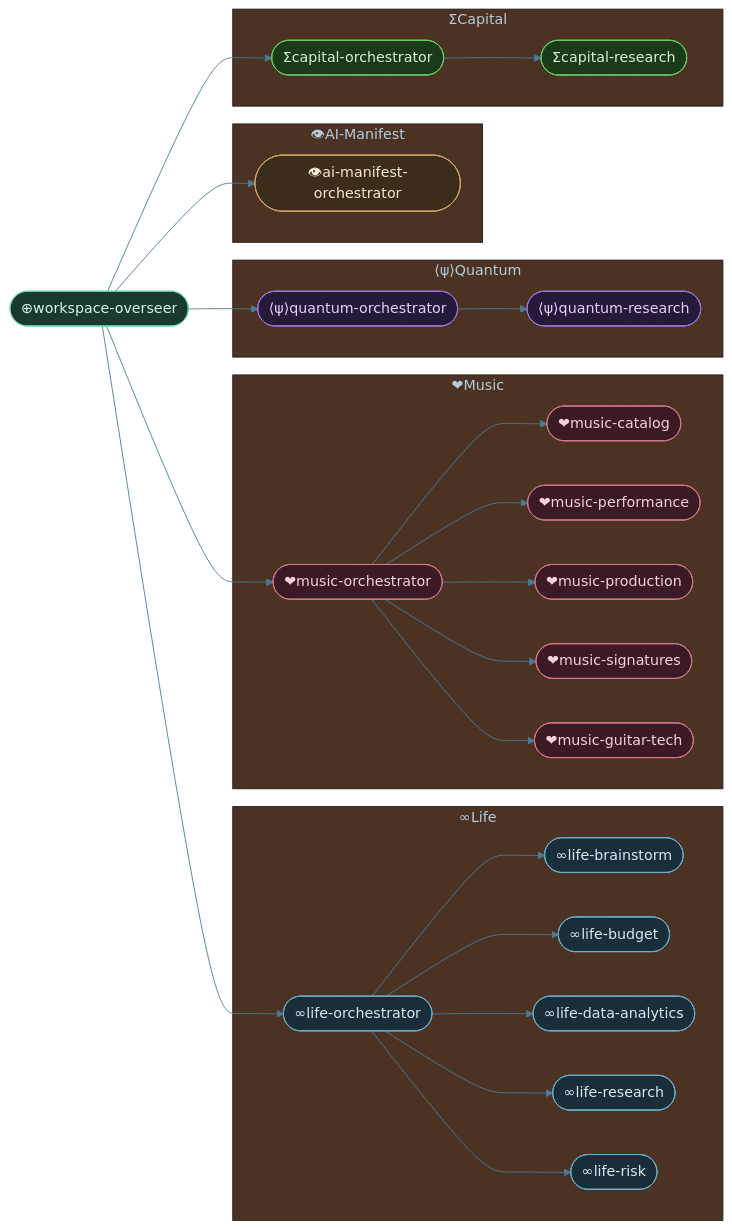
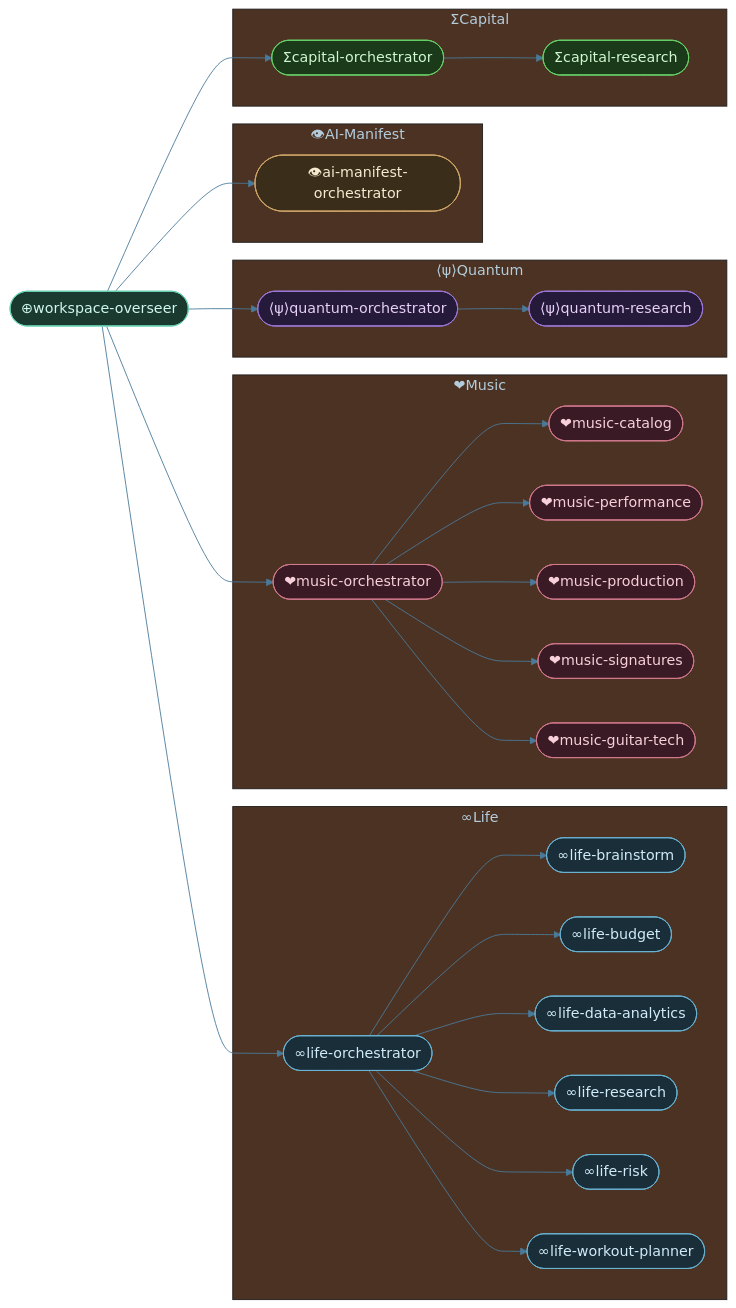
The diagram in diagrams/workspace-agent-topology-projects.mmd (tylerdrakemusic/-Workspace), drawn with Mermaid before and after one commit. The commit also changed 1 other file, not shown here.

Commit message:
⊕ workspace: FR-20261024-workout-planner-topology-sync sync topology diagrams

```diff
--- a/diagrams/workspace-agent-topology-projects.mmd
+++ b/diagrams/workspace-agent-topology-projects.mmd
@@ -1,59 +1,60 @@
 %%{init: {'theme': 'base', 'themeVariables': {'primaryColor': '#1a2e3a', 'primaryTextColor': '#d0ecf8', 'edgeLabelBackground': '#0f1318', 'lineColor': '#4a7a9a'}}}%%
 %% Derived view of workspace-agent-topology.mmd: per-project agent rosters and orchestrator routing.
 graph LR
     Overseer(["⊕workspace-overseer"]):::ws
 
     subgraph LIFE["∞Life"]
         LifeOrch(["∞life-orchestrator"])
         LifeBrainstorm(["∞life-brainstorm"])
         LifeBudget(["∞life-budget"])
         LifeDA(["∞life-data-analytics"])
         LifeResearch(["∞life-research"])
         LifeRisk(["∞life-risk"])
+        LifeWorkoutPlanner(["∞life-workout-planner"])
     end
 
     subgraph MUSIC["❤Music"]
         MusicOrch(["❤music-orchestrator"])
         MusicCatalog(["❤music-catalog"])
         MusicPerf(["❤music-performance"])
         MusicProd(["❤music-production"])
         MusicSig(["❤music-signatures"])
         MusicGuitarTech(["❤music-guitar-tech"])
     end
 
     subgraph QUANTUM["⟨ψ⟩Quantum"]
         QuantumOrch(["⟨ψ⟩quantum-orchestrator"])
         QuantumResearch(["⟨ψ⟩quantum-research"])
     end
 
     subgraph MANIFEST["👁AI-Manifest"]
         ManifestOrch(["👁ai-manifest-orchestrator"])
     end
 
     subgraph CAPITAL["ΣCapital"]
         CapitalOrch(["Σcapital-orchestrator"])
         CapitalResearch(["Σcapital-research"])
     end
 
     %% ── Overseer delegates to project orchestrators ──
     Overseer --> LifeOrch & MusicOrch & QuantumOrch & ManifestOrch & CapitalOrch
 
     %% ── Project routing ──
-    LifeOrch --> LifeBrainstorm & LifeBudget & LifeDA & LifeResearch & LifeRisk
+    LifeOrch --> LifeBrainstorm & LifeBudget & LifeDA & LifeResearch & LifeRisk & LifeWorkoutPlanner
     MusicOrch --> MusicCatalog & MusicPerf & MusicProd & MusicSig & MusicGuitarTech
     QuantumOrch --> QuantumResearch
     CapitalOrch --> CapitalResearch
 
     %% ── Class assignments ──
-    class LifeOrch,LifeBrainstorm,LifeBudget,LifeDA,LifeResearch,LifeRisk life
+    class LifeOrch,LifeBrainstorm,LifeBudget,LifeDA,LifeResearch,LifeRisk,LifeWorkoutPlanner life
     class MusicOrch,MusicCatalog,MusicPerf,MusicProd,MusicSig,MusicGuitarTech music
     class QuantumOrch,QuantumResearch quantum
     class ManifestOrch manifest
     class CapitalOrch,CapitalResearch capital
 
 classDef life     fill:#1a2e3a,stroke:#6ab4d4,color:#d0ecf8
 classDef music    fill:#3a1a24,stroke:#d47a8f,color:#f8d0dc
 classDef quantum  fill:#251a3a,stroke:#a07adf,color:#e8d0f8
 classDef manifest fill:#3a2e1a,stroke:#d4a96a,color:#f8ead0
 classDef capital  fill:#1a3a1a,stroke:#6ad46a,color:#d0f8d0
 classDef ws       fill:#1a3a30,stroke:#6ad4b4,color:#d0f8ee
```
